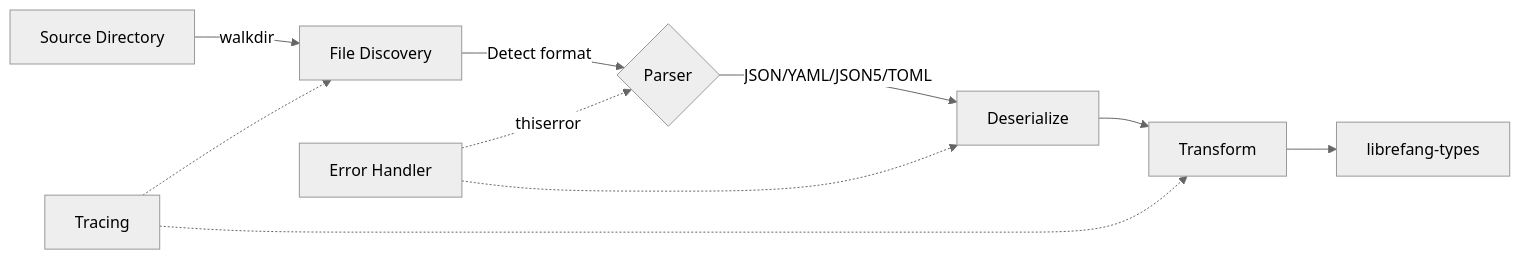
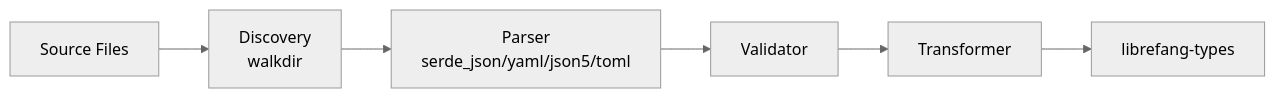
One commit to leszek3737/librefang-WIki changed the diagram in other-librefang-import.md. Above: the diagram before and after it, drawn with Mermaid (neutral theme). The commit also changed other lines of this file and 122 other files, not shown here.

````diff
--- a/other-librefang-import.md
+++ b/other-librefang-import.md
@@ -24,12 +49,8 @@
 ```mermaid
 flowchart LR
-    A[Source Directory] -->|walkdir| B[File Discovery]
-    B -->|Detect format| C{Parser}
-    C -->|JSON/YAML/JSON5/TOML| D[Deserialize]
-    D --> E[Transform]
+    A[Source Files] --> B[Discovery<br/>walkdir]
+    B --> C[Parser<br/>serde_json/yaml/json5/toml]
+    C --> D[Validator]
+    D --> E[Transformer]
     E --> F[librefang-types]
-    G[Error Handler] -.->|thiserror| C
-    G -.-> D
-    H[Tracing] -.-> B
-    H -.-> E
 ```
````
